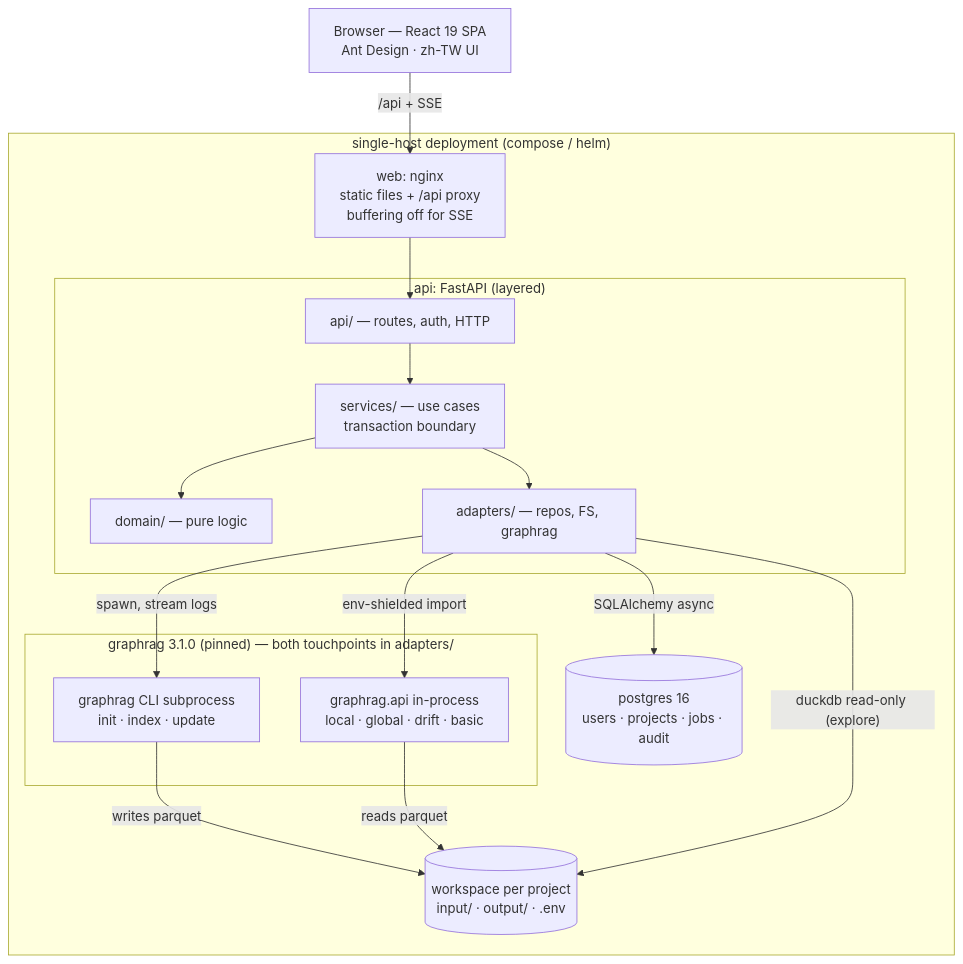
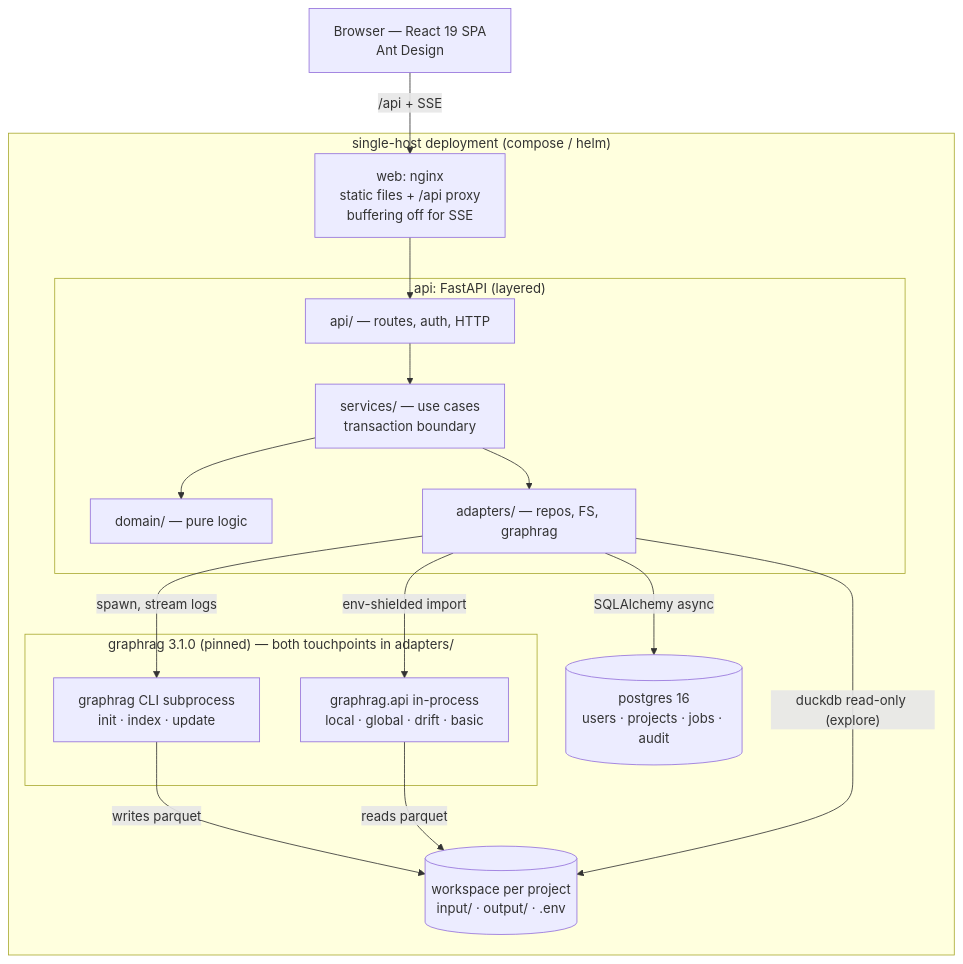
Before and after one commit to kehao-playground/graphrag-web-ui: the first of 3 diagrams in README.md, drawn with Mermaid. The commit also changed other lines of this file and 1 other file, not shown here.

Commit message:
docs(readme): drop the zh-TW emphasis from the frontend description
The app ships a language dropdown and the READMEs now show both locales'
screenshots, so 'zh-TW interface text' was both over-emphasized and
outdated. The architecture bullet states the bilingual interface once
(zh-TW/English); the component diagram node just says Ant Design.
NOTES.txt's install-time quickstart stays described as zh-TW — that is
a statement about a file, not the UI.

````diff
--- a/README.md
+++ b/README.md
@@ -36,25 +36,25 @@
 ```mermaid
 graph TB
-    B["Browser — React 19 SPA<br/>Ant Design · zh-TW UI"] -->|"/api + SSE"| N
+    B["Browser — React 19 SPA<br/>Ant Design"] -->|"/api + SSE"| N
     subgraph stack["single-host deployment (compose / helm)"]
         N["web: nginx<br/>static files + /api proxy<br/>buffering off for SSE"]
         subgraph API["api: FastAPI (layered)"]
             L1["api/ — routes, auth, HTTP"] --> L2["services/ — use cases<br/>transaction boundary"]
             L2 --> L3["domain/ — pure logic"]
             L2 --> L4["adapters/ — repos, FS, graphrag"]
         end
         PG[("postgres 16<br/>users · projects · jobs · audit")]
         subgraph GR["graphrag 3.1.0 (pinned) — both touchpoints in adapters/"]
             CLI["graphrag CLI subprocess<br/>init · index · update"]
             LIB["graphrag.api in-process<br/>local · global · drift · basic"]
         end
         WS[("workspace per project<br/>input/ · output/ · .env")]
     end
     N --> L1
     L4 -->|"SQLAlchemy async"| PG
     L4 -->|"spawn, stream logs"| CLI
     L4 -->|"env-shielded import"| LIB
     CLI -->|"writes parquet"| WS
     LIB -->|"reads parquet"| WS
     L4 -->|"duckdb read-only (explore)"| WS
 ```
````
